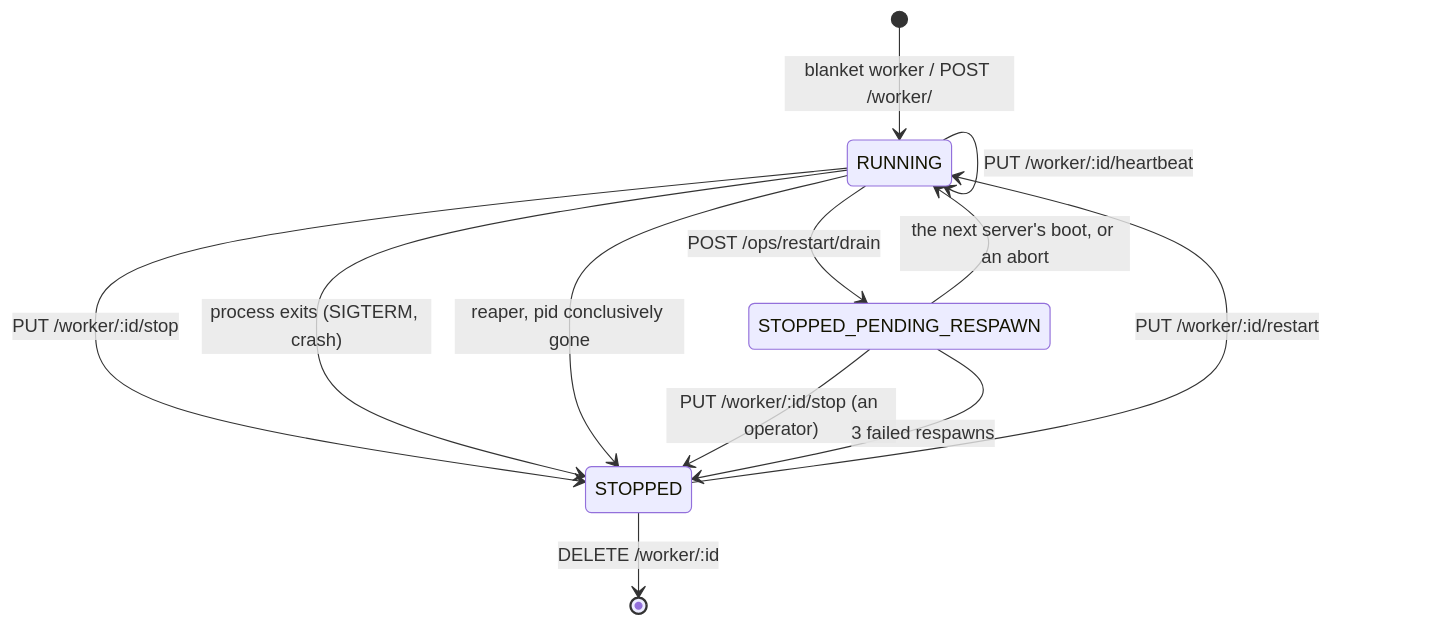
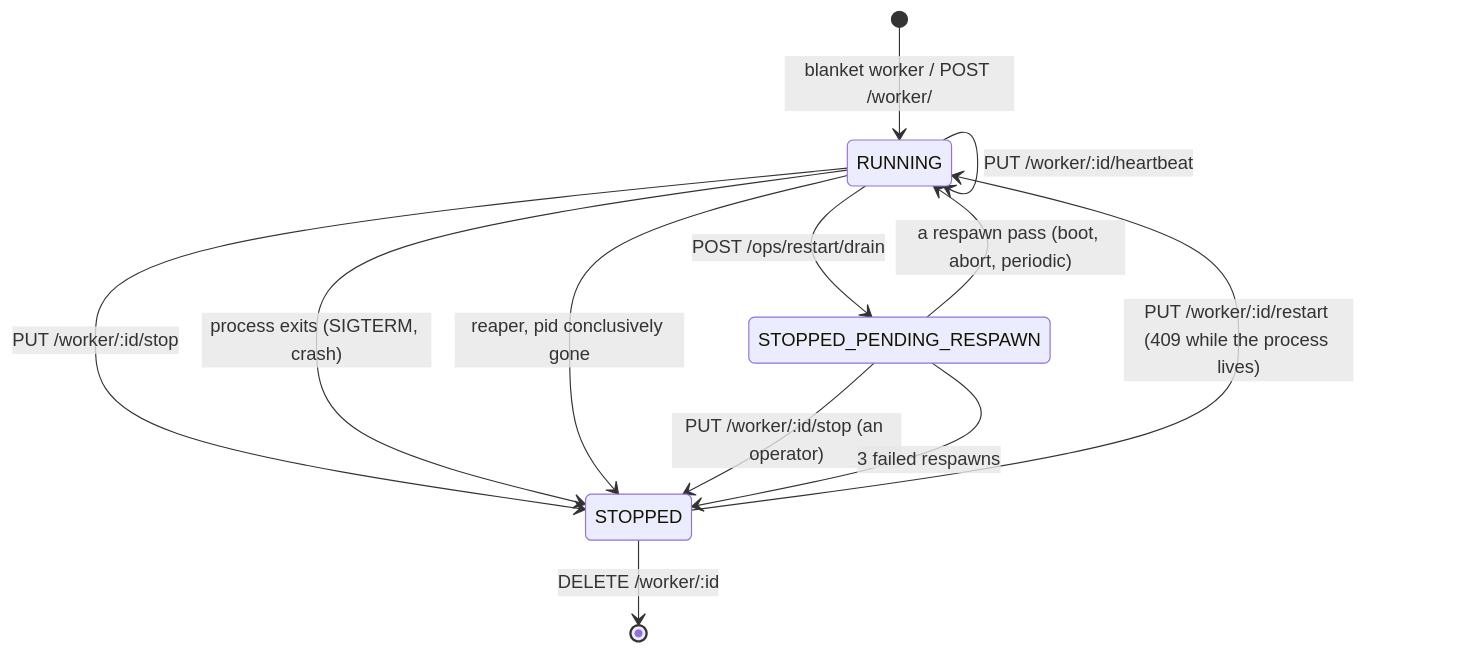
One commit to turtlemonvh/blanket changed the second of 4 diagrams in docs/task_flow.md. Above: the diagram before and after it, drawn with Mermaid. The commit also changed 24 other files, not shown here.

First line of the commit message:
[AI] #278 fix restart respawn edge cases found by a TLA+ model

````diff
--- a/docs/task_flow.md
+++ b/docs/task_flow.md
@@ -402,14 +402,14 @@
 ```mermaid
 stateDiagram-v2
     [*] --> RUNNING: blanket worker / POST /worker/
     RUNNING --> RUNNING: PUT /worker/:id/heartbeat
     RUNNING --> STOPPED: PUT /worker/:id/stop
     RUNNING --> STOPPED: process exits (SIGTERM, crash)
     RUNNING --> STOPPED: reaper, pid conclusively gone
     RUNNING --> STOPPED_PENDING_RESPAWN: POST /ops/restart/drain
-    STOPPED_PENDING_RESPAWN --> RUNNING: the next server's boot, or an abort
+    STOPPED_PENDING_RESPAWN --> RUNNING: a respawn pass (boot, abort, periodic)
     STOPPED_PENDING_RESPAWN --> STOPPED: PUT /worker/:id/stop (an operator)
     STOPPED_PENDING_RESPAWN --> STOPPED: 3 failed respawns
-    STOPPED --> RUNNING: PUT /worker/:id/restart
+    STOPPED --> RUNNING: PUT /worker/:id/restart (409 while the process lives)
     STOPPED --> [*]: DELETE /worker/:id
 ```
````
